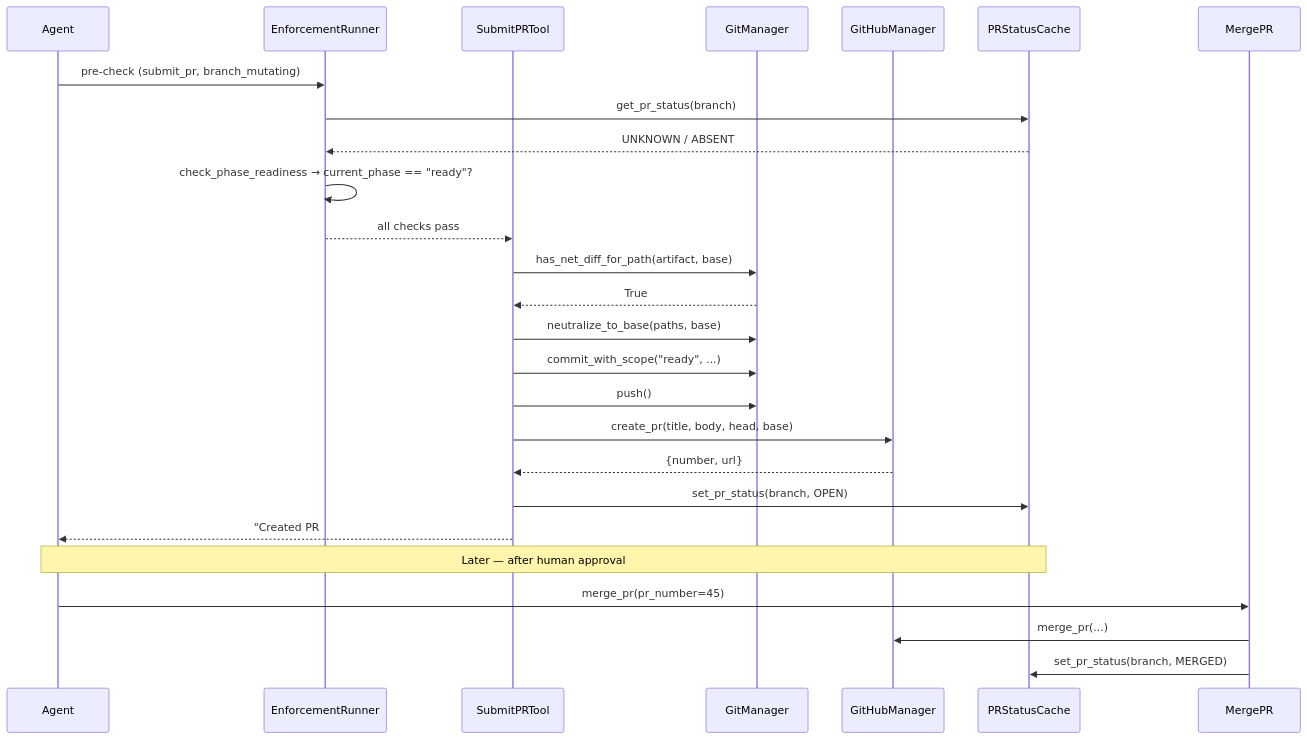
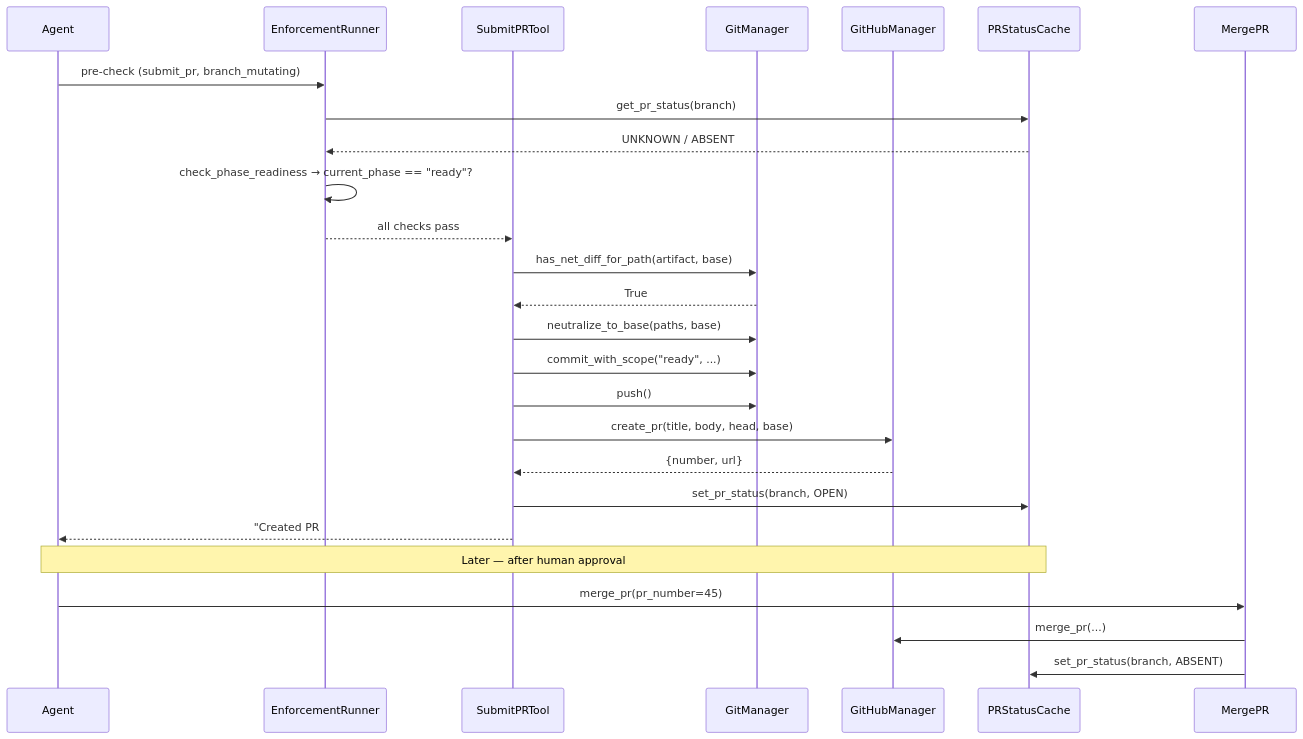
Before and after one commit to MikeyVK/S1mpleTraderV3: the third of 4 diagrams in docs/mcp_server/architectural_diagrams/04_enforcement_layer.md, drawn with Mermaid. The commit also changed other lines of this file and 10 other files, not shown here.

````diff
--- a/docs/mcp_server/architectural_diagrams/04_enforcement_layer.md
+++ b/docs/mcp_server/architectural_diagrams/04_enforcement_layer.md
@@ -123,30 +123,30 @@
 ```mermaid
 sequenceDiagram
     participant Agent
     participant ER as EnforcementRunner
     participant SPR as SubmitPRTool
     participant GM as GitManager
     participant GHM as GitHubManager
     participant Cache as PRStatusCache
 
     Agent->>ER: pre-check (submit_pr, branch_mutating)
     ER->>Cache: get_pr_status(branch)
     Cache-->>ER: UNKNOWN / ABSENT
     ER->>ER: check_phase_readiness → current_phase == "ready"?
     ER-->>SPR: all checks pass
 
     SPR->>GM: has_net_diff_for_path(artifact, base)
     GM-->>SPR: True
     SPR->>GM: neutralize_to_base(paths, base)
     SPR->>GM: commit_with_scope("ready", ...)
     SPR->>GM: push()
     SPR->>GHM: create_pr(title, body, head, base)
     GHM-->>SPR: {number, url}
     SPR->>Cache: set_pr_status(branch, OPEN)
     SPR-->>Agent: "Created PR #45: ..."
 
     Note over Agent,Cache: Later — after human approval
     Agent->>MergePR: merge_pr(pr_number=45)
     MergePR->>GHM: merge_pr(...)
-    MergePR->>Cache: set_pr_status(branch, MERGED)
+    MergePR->>Cache: set_pr_status(branch, ABSENT)
 ```
````
